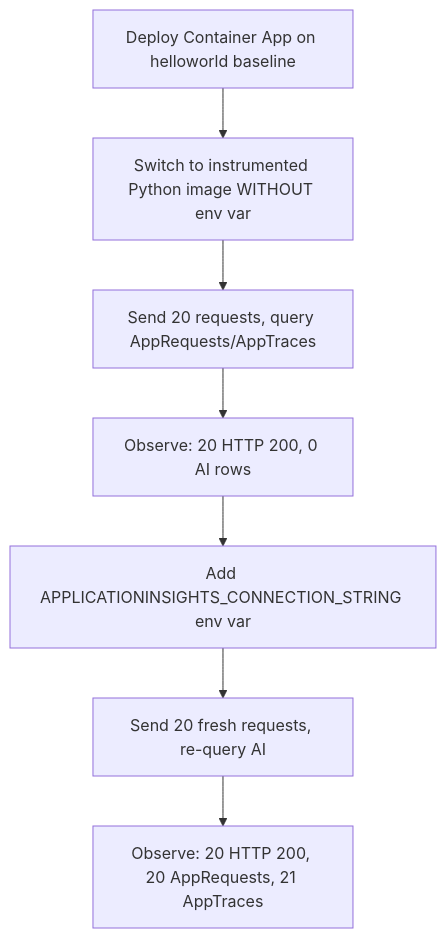
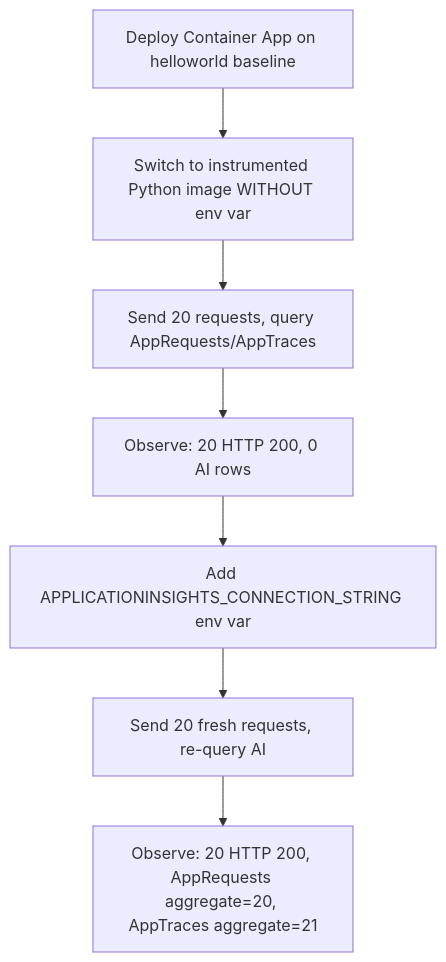
Before and after one commit to yeongseon/azure-container-apps-practical-guide: the diagram in docs/troubleshooting/lab-guides/appinsights-connection-string-missing.md, drawn with Mermaid. The commit also changed other lines of this file and 3 other files, not shown here.

````diff
--- a/docs/troubleshooting/lab-guides/appinsights-connection-string-missing.md
+++ b/docs/troubleshooting/lab-guides/appinsights-connection-string-missing.md
@@ -65,9 +40,9 @@
 ```mermaid
 flowchart TD
     A[Deploy Container App on helloworld baseline] --> B[Switch to instrumented Python image WITHOUT env var]
     B --> C[Send 20 requests, query AppRequests/AppTraces]
     C --> D[Observe: 20 HTTP 200, 0 AI rows]
     D --> E[Add APPLICATIONINSIGHTS_CONNECTION_STRING env var]
     E --> F[Send 20 fresh requests, re-query AI]
-    F --> G[Observe: 20 HTTP 200, 20 AppRequests, 21 AppTraces]
+    F --> G[Observe: 20 HTTP 200, AppRequests aggregate=20, AppTraces aggregate=21]
 ```
````
